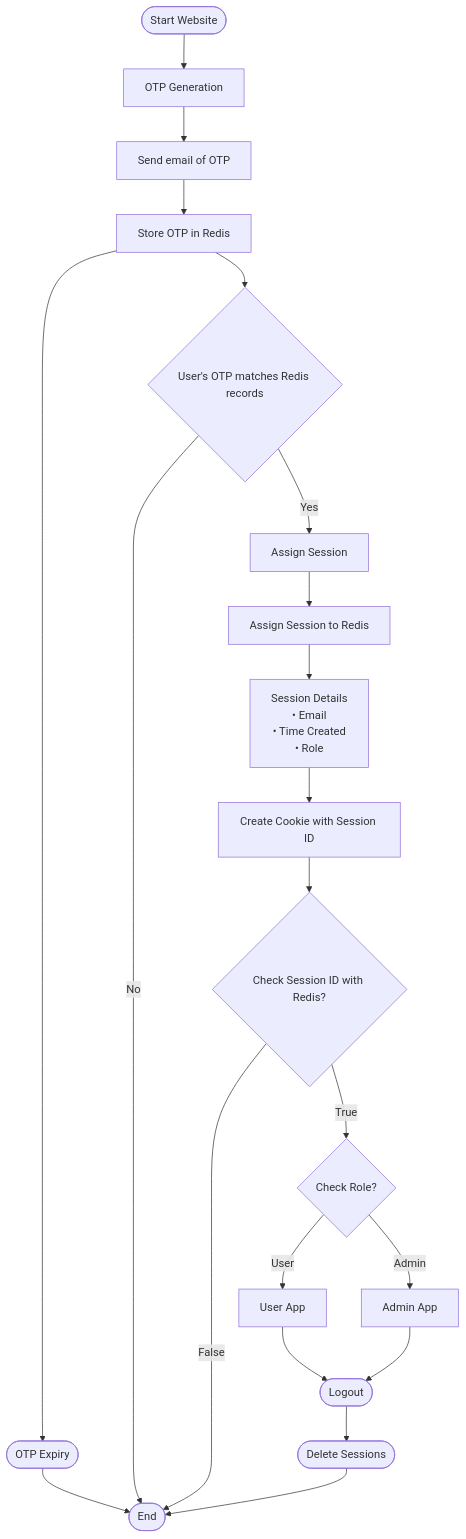
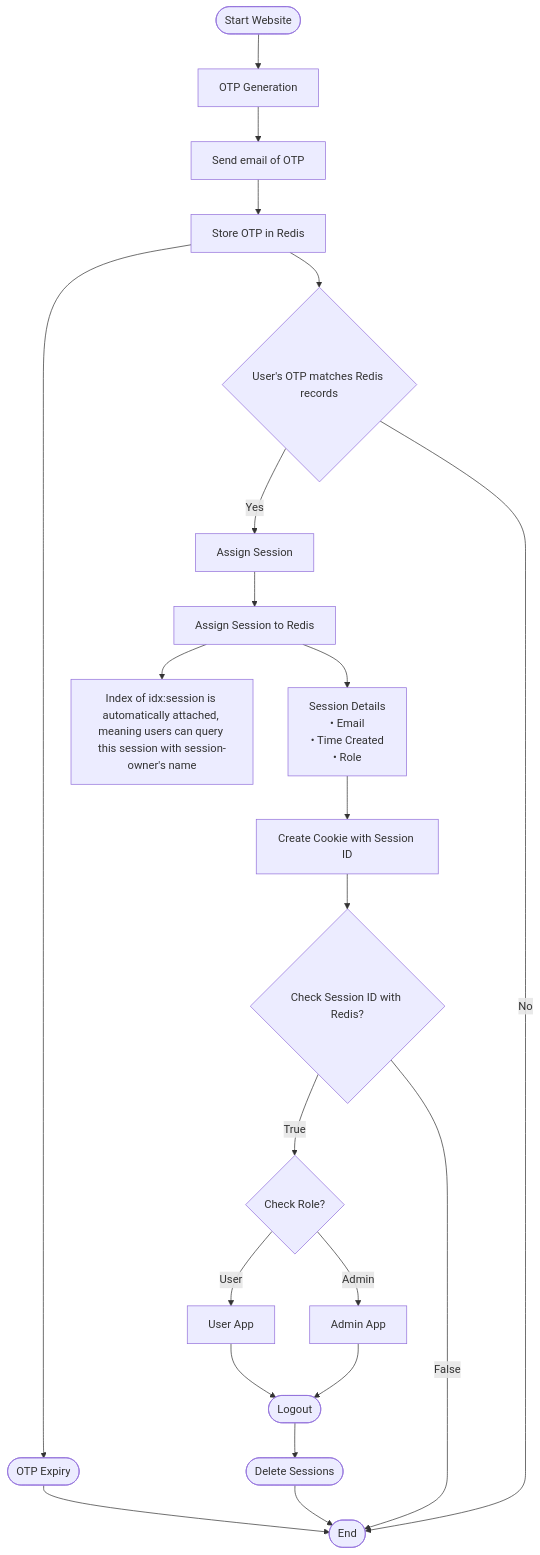
The diagram in authflow.md (Hemit99123/stocksavvy-software-designs), drawn with Mermaid before and after one commit. The commit also changed other lines of this file, not shown here.

````diff
--- a/authflow.md
+++ b/authflow.md
@@ -3,28 +15,29 @@
 ```mermaid 
 flowchart 
     A([Start Website]) --> B[OTP Generation]
     B --> KJ[Send email of OTP]
     KJ --> C[Store OTP in Redis]
     C --> D([OTP Expiry])
     D --> O([End])
   
     C --> E{User's OTP matches Redis records}
     E -- Yes --> F[Assign Session]
     E -- No --> O
   
     F --> G[Assign Session to Redis]
+    G --> HN[Index of idx:session is automatically attached, meaning users can query this session with session-owner's name]
     G --> H[Session Details<br/>• Email<br/>• Time Created<br/>• Role]
     H --> I[Create Cookie with Session ID]
     I --> J{Check Session ID with Redis?}
     J -- True --> K{Check Role?}
     J -- False --> O
   
     K -- User --> L[User App]
     K -- Admin --> M[Admin App]
     L --> N([Logout])
     M --> N
     N --> P([Delete Sessions])
     P --> O
 
 
 ```
````
